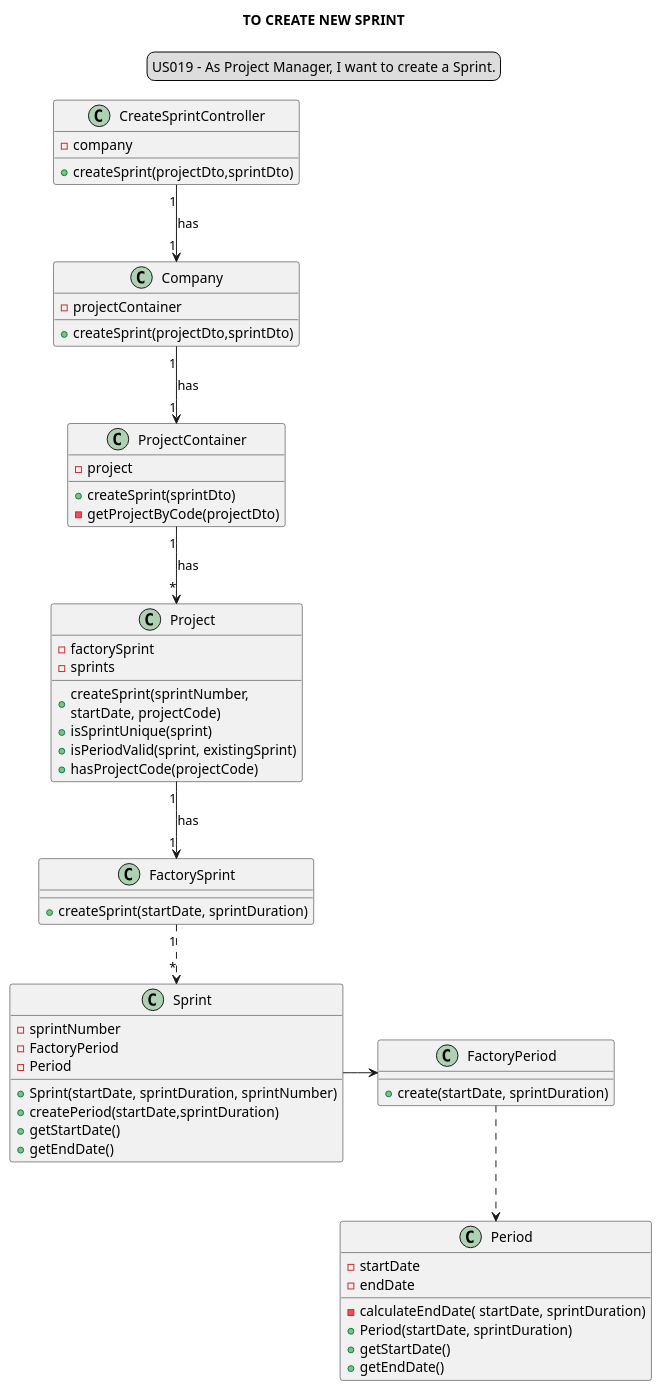
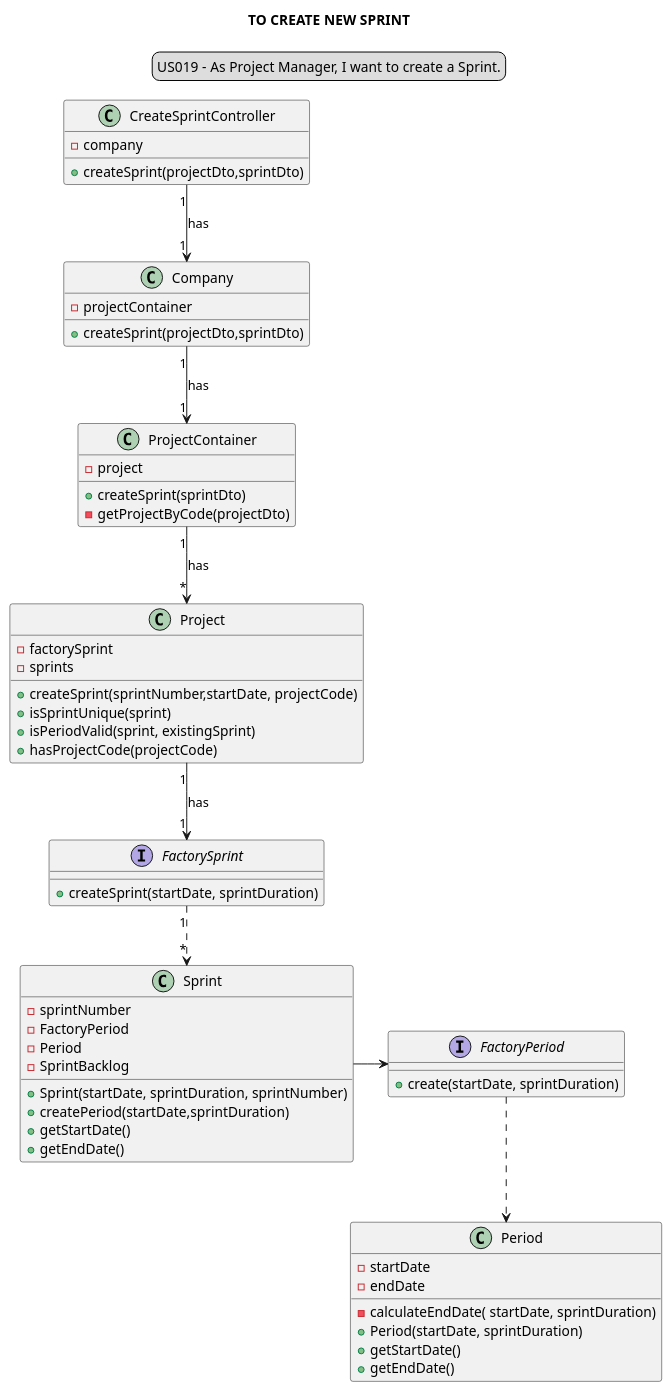
Before and after one commit to Loracline/project_switch_22-23: the diagram in docs/modelling_design/user_stories/sprint03/us019/US019_classDiagram.puml, drawn with PlantUML. The commit also changed 3 other files, not shown here.

Commit message:
US019: implementation: class Period, Period(), getStartDate(), getEndDate(),calculateEndDate(), equals(), hashCode(). class PeriodTest with respective tests. addresses #87 . class Sprint addresses #82

```diff
--- a/docs/modelling_design/user_stories/sprint03/us019/US019_classDiagram.puml
+++ b/docs/modelling_design/user_stories/sprint03/us019/US019_classDiagram.puml
@@ -1,69 +1,70 @@
 @startuml
 'https://plantuml.com/class-diagram
 skinparam sequenceMessageAlign center
 title TO CREATE NEW SPRINT
 legend top
 US019 - As Project Manager, I want to create a Sprint.
 end legend
 
 class CreateSprintController {
 - company
 + createSprint(projectDto,sprintDto)
 }
 CreateSprintController "1"-->"1" Company: has
 
 class Company {
 -projectContainer
 +createSprint(projectDto,sprintDto)
 }
 Company "1"-->"1" ProjectContainer : has
 
 class ProjectContainer {
 -project
 +createSprint(sprintDto)
 -getProjectByCode(projectDto)
 }
 ProjectContainer "1"-->"*" Project: has
 
 class Project {
 -factorySprint
 -sprints
-+createSprint(sprintNumber,\nstartDate, projectCode)
++createSprint(sprintNumber,startDate, projectCode)
 +isSprintUnique(sprint)
 +isPeriodValid(sprint, existingSprint)
 +hasProjectCode(projectCode)
 }
 Project "1"-->"1" FactorySprint: has
 
-class FactorySprint {
+interface FactorySprint {
 +createSprint(startDate, sprintDuration)
 }
 
 class Sprint {
 -sprintNumber
 -FactoryPeriod
 -Period
+-SprintBacklog
 +Sprint(startDate, sprintDuration, sprintNumber)
 +createPeriod(startDate,sprintDuration)
 +getStartDate()
 +getEndDate()
 }
 
 Sprint -> FactoryPeriod
 FactorySprint "1"..> "*"Sprint
 
-class FactoryPeriod {
+interface FactoryPeriod {
 +create(startDate, sprintDuration)
 }
 
 FactoryPeriod ..> Period
 
 class Period {
 -startDate
 -endDate
 -calculateEndDate( startDate, sprintDuration)
 +Period(startDate, sprintDuration)
 +getStartDate()
 +getEndDate()
 }
 @enduml
```
